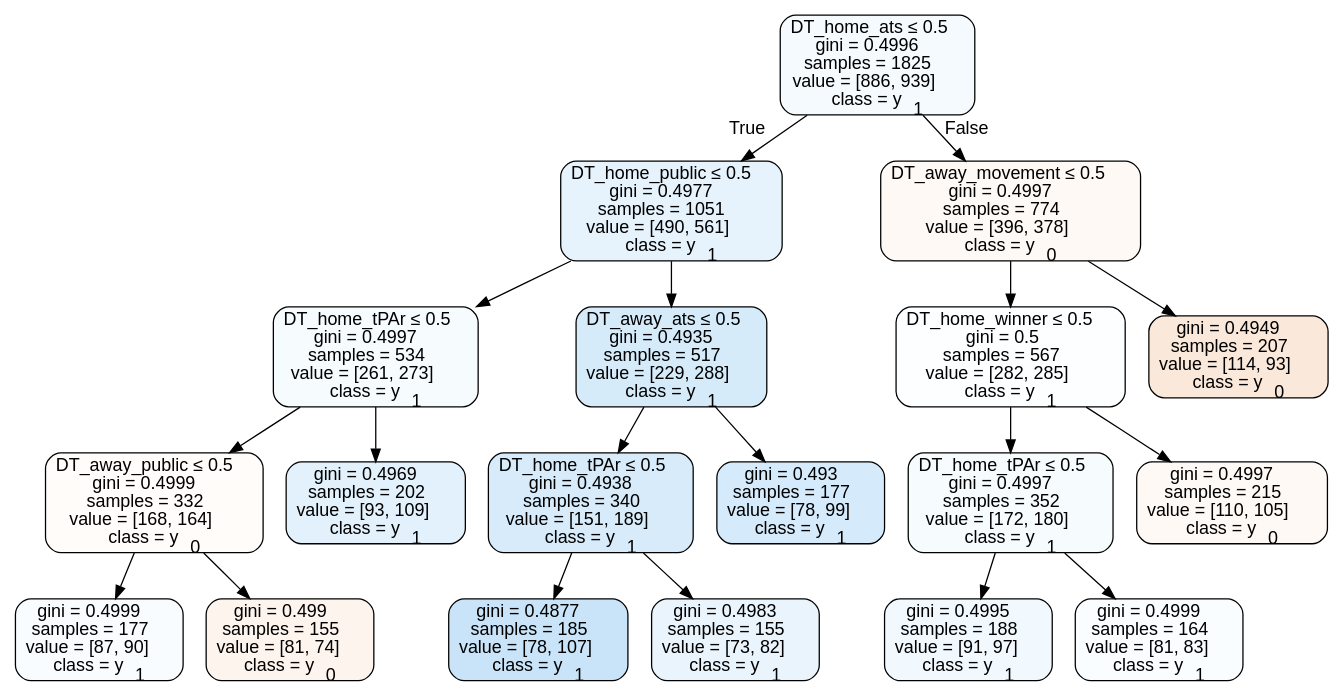
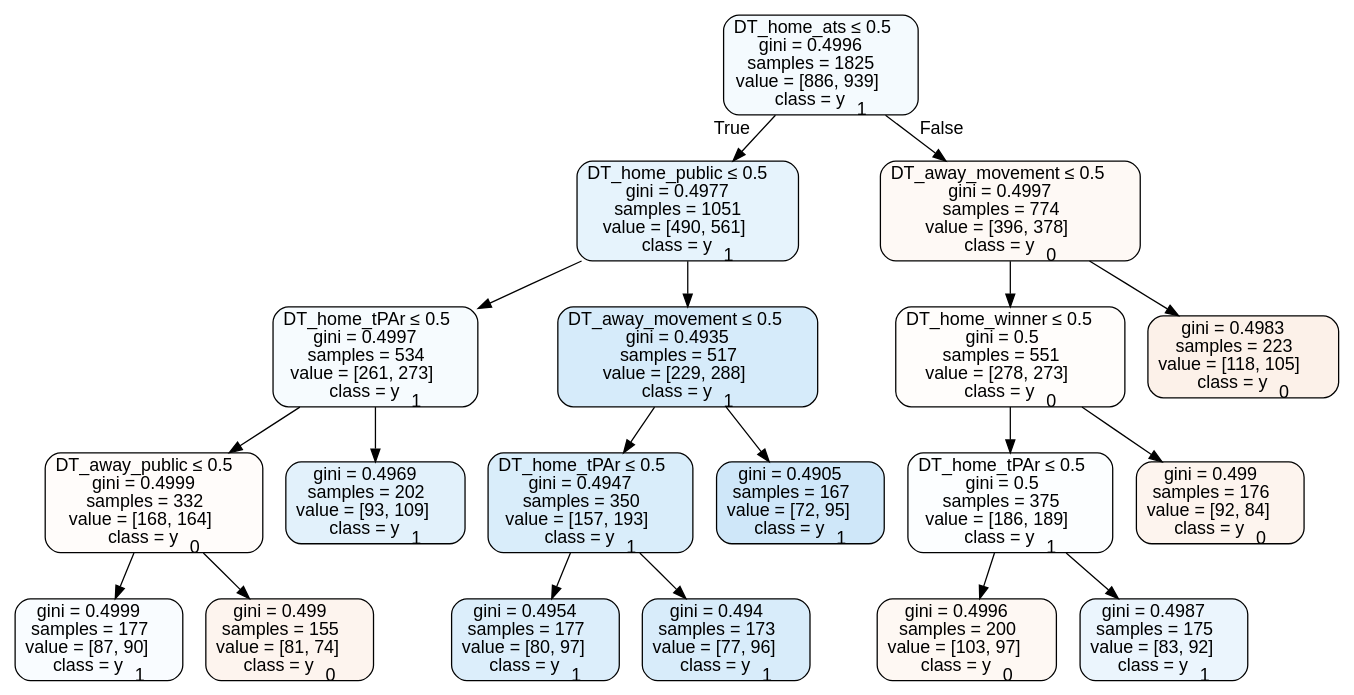
Before and after one commit to usbogie/ncaa-bets: the diagram in tree_data/tree2015neutral.dot, drawn with Graphviz. The commit also changed 26 other files, not shown here.

```diff
--- a/tree_data/tree2015neutral.dot
+++ b/tree_data/tree2015neutral.dot
@@ -1,41 +1,41 @@
 digraph Tree {
 node [shape=box, style="filled, rounded", color="black", fontname=helvetica] ;
 edge [fontname=helvetica] ;
 0 [label=<DT_home_ats &le; 0.5<br/>gini = 0.4996<br/>samples = 1825<br/>value = [886, 939]<br/>class = y<SUB>1</SUB>>, fillcolor="#399de50e"] ;
 1 [label=<DT_home_public &le; 0.5<br/>gini = 0.4977<br/>samples = 1051<br/>value = [490, 561]<br/>class = y<SUB>1</SUB>>, fillcolor="#399de520"] ;
 0 -> 1 [labeldistance=2.5, labelangle=45, headlabel="True"] ;
 2 [label=<DT_home_tPAr &le; 0.5<br/>gini = 0.4997<br/>samples = 534<br/>value = [261, 273]<br/>class = y<SUB>1</SUB>>, fillcolor="#399de50b"] ;
 1 -> 2 ;
 3 [label=<DT_away_public &le; 0.5<br/>gini = 0.4999<br/>samples = 332<br/>value = [168, 164]<br/>class = y<SUB>0</SUB>>, fillcolor="#e5813906"] ;
 2 -> 3 ;
 4 [label=<gini = 0.4999<br/>samples = 177<br/>value = [87, 90]<br/>class = y<SUB>1</SUB>>, fillcolor="#399de508"] ;
 3 -> 4 ;
 5 [label=<gini = 0.499<br/>samples = 155<br/>value = [81, 74]<br/>class = y<SUB>0</SUB>>, fillcolor="#e5813916"] ;
 3 -> 5 ;
 6 [label=<gini = 0.4969<br/>samples = 202<br/>value = [93, 109]<br/>class = y<SUB>1</SUB>>, fillcolor="#399de525"] ;
 2 -> 6 ;
-7 [label=<DT_away_ats &le; 0.5<br/>gini = 0.4935<br/>samples = 517<br/>value = [229, 288]<br/>class = y<SUB>1</SUB>>, fillcolor="#399de534"] ;
+7 [label=<DT_away_movement &le; 0.5<br/>gini = 0.4935<br/>samples = 517<br/>value = [229, 288]<br/>class = y<SUB>1</SUB>>, fillcolor="#399de534"] ;
 1 -> 7 ;
-8 [label=<DT_home_tPAr &le; 0.5<br/>gini = 0.4938<br/>samples = 340<br/>value = [151, 189]<br/>class = y<SUB>1</SUB>>, fillcolor="#399de533"] ;
+8 [label=<DT_home_tPAr &le; 0.5<br/>gini = 0.4947<br/>samples = 350<br/>value = [157, 193]<br/>class = y<SUB>1</SUB>>, fillcolor="#399de530"] ;
 7 -> 8 ;
-9 [label=<gini = 0.4877<br/>samples = 185<br/>value = [78, 107]<br/>class = y<SUB>1</SUB>>, fillcolor="#399de545"] ;
+9 [label=<gini = 0.4954<br/>samples = 177<br/>value = [80, 97]<br/>class = y<SUB>1</SUB>>, fillcolor="#399de52d"] ;
 8 -> 9 ;
-10 [label=<gini = 0.4983<br/>samples = 155<br/>value = [73, 82]<br/>class = y<SUB>1</SUB>>, fillcolor="#399de51c"] ;
+10 [label=<gini = 0.494<br/>samples = 173<br/>value = [77, 96]<br/>class = y<SUB>1</SUB>>, fillcolor="#399de532"] ;
 8 -> 10 ;
-11 [label=<gini = 0.493<br/>samples = 177<br/>value = [78, 99]<br/>class = y<SUB>1</SUB>>, fillcolor="#399de536"] ;
+11 [label=<gini = 0.4905<br/>samples = 167<br/>value = [72, 95]<br/>class = y<SUB>1</SUB>>, fillcolor="#399de53e"] ;
 7 -> 11 ;
 12 [label=<DT_away_movement &le; 0.5<br/>gini = 0.4997<br/>samples = 774<br/>value = [396, 378]<br/>class = y<SUB>0</SUB>>, fillcolor="#e581390c"] ;
 0 -> 12 [labeldistance=2.5, labelangle=-45, headlabel="False"] ;
-13 [label=<DT_home_winner &le; 0.5<br/>gini = 0.5<br/>samples = 567<br/>value = [282, 285]<br/>class = y<SUB>1</SUB>>, fillcolor="#399de503"] ;
+13 [label=<DT_home_winner &le; 0.5<br/>gini = 0.5<br/>samples = 551<br/>value = [278, 273]<br/>class = y<SUB>0</SUB>>, fillcolor="#e5813905"] ;
 12 -> 13 ;
-14 [label=<DT_home_tPAr &le; 0.5<br/>gini = 0.4997<br/>samples = 352<br/>value = [172, 180]<br/>class = y<SUB>1</SUB>>, fillcolor="#399de50b"] ;
+14 [label=<DT_home_tPAr &le; 0.5<br/>gini = 0.5<br/>samples = 375<br/>value = [186, 189]<br/>class = y<SUB>1</SUB>>, fillcolor="#399de504"] ;
 13 -> 14 ;
-15 [label=<gini = 0.4995<br/>samples = 188<br/>value = [91, 97]<br/>class = y<SUB>1</SUB>>, fillcolor="#399de510"] ;
+15 [label=<gini = 0.4996<br/>samples = 200<br/>value = [103, 97]<br/>class = y<SUB>0</SUB>>, fillcolor="#e581390f"] ;
 14 -> 15 ;
-16 [label=<gini = 0.4999<br/>samples = 164<br/>value = [81, 83]<br/>class = y<SUB>1</SUB>>, fillcolor="#399de506"] ;
+16 [label=<gini = 0.4987<br/>samples = 175<br/>value = [83, 92]<br/>class = y<SUB>1</SUB>>, fillcolor="#399de519"] ;
 14 -> 16 ;
-17 [label=<gini = 0.4997<br/>samples = 215<br/>value = [110, 105]<br/>class = y<SUB>0</SUB>>, fillcolor="#e581390c"] ;
+17 [label=<gini = 0.499<br/>samples = 176<br/>value = [92, 84]<br/>class = y<SUB>0</SUB>>, fillcolor="#e5813916"] ;
 13 -> 17 ;
-18 [label=<gini = 0.4949<br/>samples = 207<br/>value = [114, 93]<br/>class = y<SUB>0</SUB>>, fillcolor="#e581392f"] ;
+18 [label=<gini = 0.4983<br/>samples = 223<br/>value = [118, 105]<br/>class = y<SUB>0</SUB>>, fillcolor="#e581391c"] ;
 12 -> 18 ;
 }
```
